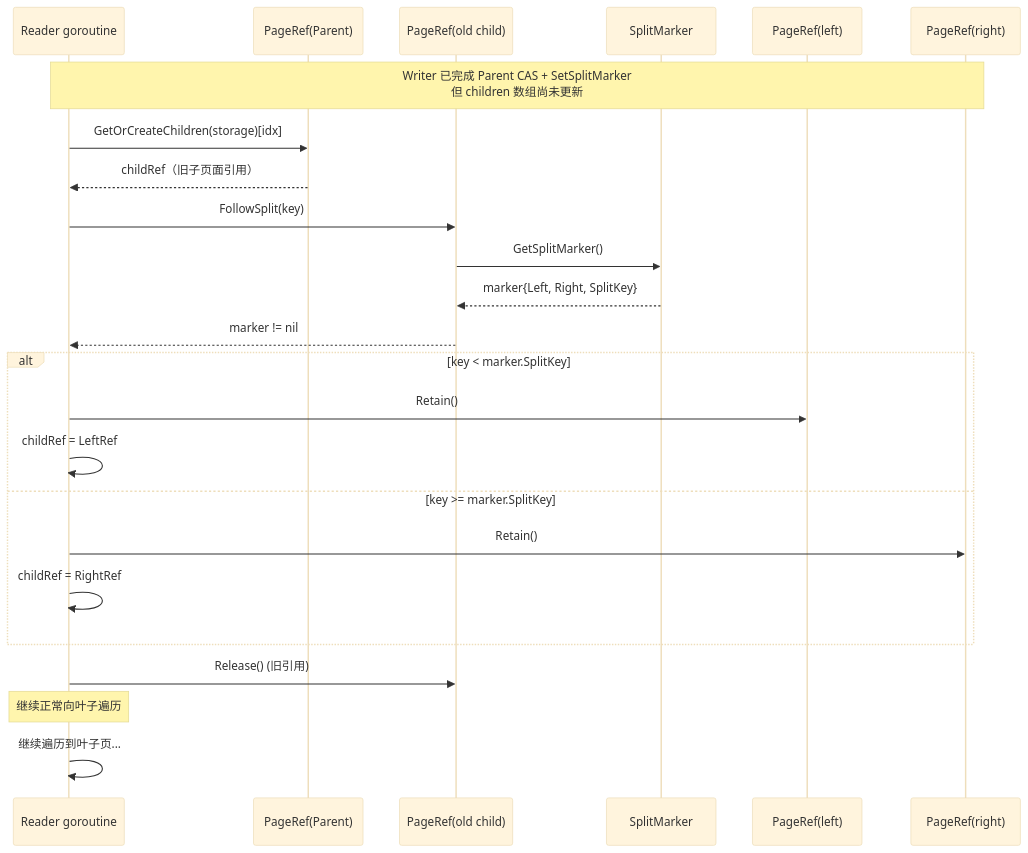
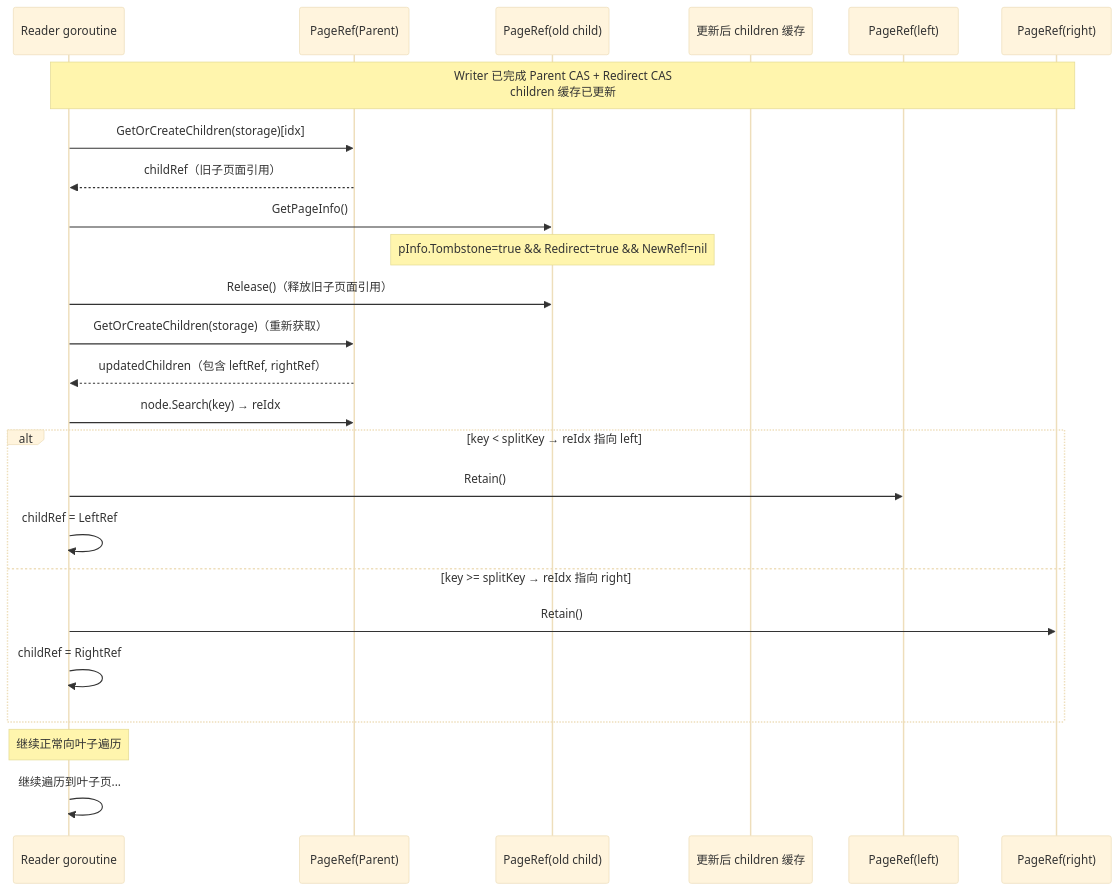
The fourth of 5 diagrams in docs/07_spike/btree-refactor/2026-04-02-btree-split-implement.md (jzhang405/NexKV), drawn with Mermaid (base theme) before and after one commit. The commit also changed other lines of this file and 1 other file, not shown here.

First line of the commit message:
docs(btree): 补充 Phase 6.1 Redirect+NewRef 设计及 cascading split 审核

````diff
--- a/docs/07_spike/btree-refactor/2026-04-02-btree-split-implement.md
+++ b/docs/07_spike/btree-refactor/2026-04-02-btree-split-implement.md
@@ -743,31 +691,35 @@
 ```mermaid
 sequenceDiagram
     participant Reader as Reader goroutine
     participant ParentRef as PageRef(Parent)
     participant ChildRef as PageRef(old child)
-    participant Marker as SplitMarker
+    participant UpdatedChildren as 更新后 children 缓存
     participant LeftRef as PageRef(left)
     participant RightRef as PageRef(right)
 
-    Note over Reader,RightRef: Writer 已完成 Parent CAS + SetSplitMarker<br/>但 children 数组尚未更新
+    Note over Reader,RightRef: Writer 已完成 Parent CAS + Redirect CAS<br/>children 缓存已更新
 
     Reader->>ParentRef: GetOrCreateChildren(storage)[idx]
     ParentRef-->>Reader: childRef（旧子页面引用）
 
-    Reader->>ChildRef: FollowSplit(key)
-    ChildRef->>Marker: GetSplitMarker()
-    Marker-->>ChildRef: marker{Left, Right, SplitKey}
-    ChildRef-->>Reader: marker != nil
+    Reader->>ChildRef: GetPageInfo()
+    Note over ChildRef: pInfo.Tombstone=true && Redirect=true && NewRef!=nil
 
-    alt key < marker.SplitKey
+    Reader->>ChildRef: Release()（释放旧子页面引用）
+
+    Reader->>ParentRef: GetOrCreateChildren(storage)（重新获取）
+    ParentRef-->>Reader: updatedChildren（包含 leftRef, rightRef）
+
+    Reader->>ParentRef: node.Search(key) → reIdx
+
+    alt key < splitKey → reIdx 指向 left
         Reader->>LeftRef: Retain()
         Reader->>Reader: childRef = LeftRef
-    else key >= marker.SplitKey
+    else key >= splitKey → reIdx 指向 right
         Reader->>RightRef: Retain()
         Reader->>Reader: childRef = RightRef
     end
 
-    Reader->>ChildRef: Release() (旧引用)
     Note over Reader: 继续正常向叶子遍历
     Reader->>Reader: 继续遍历到叶子页...
 ```
````
